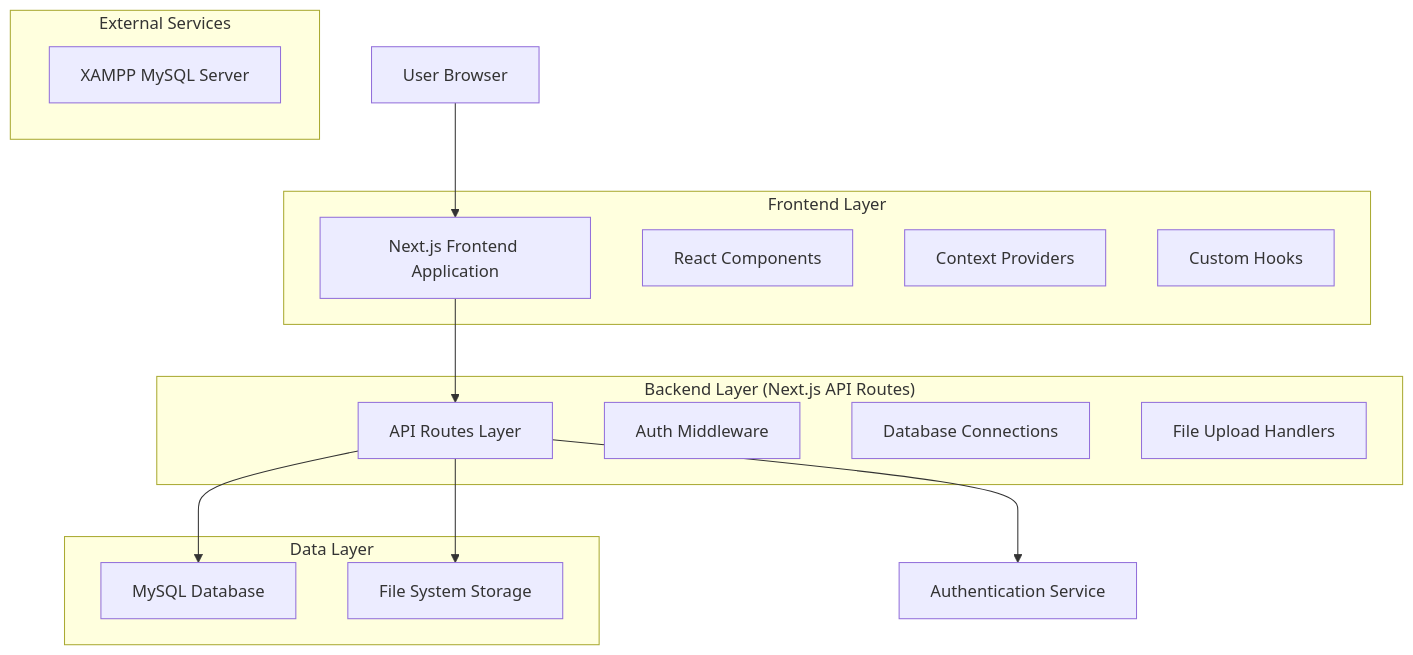
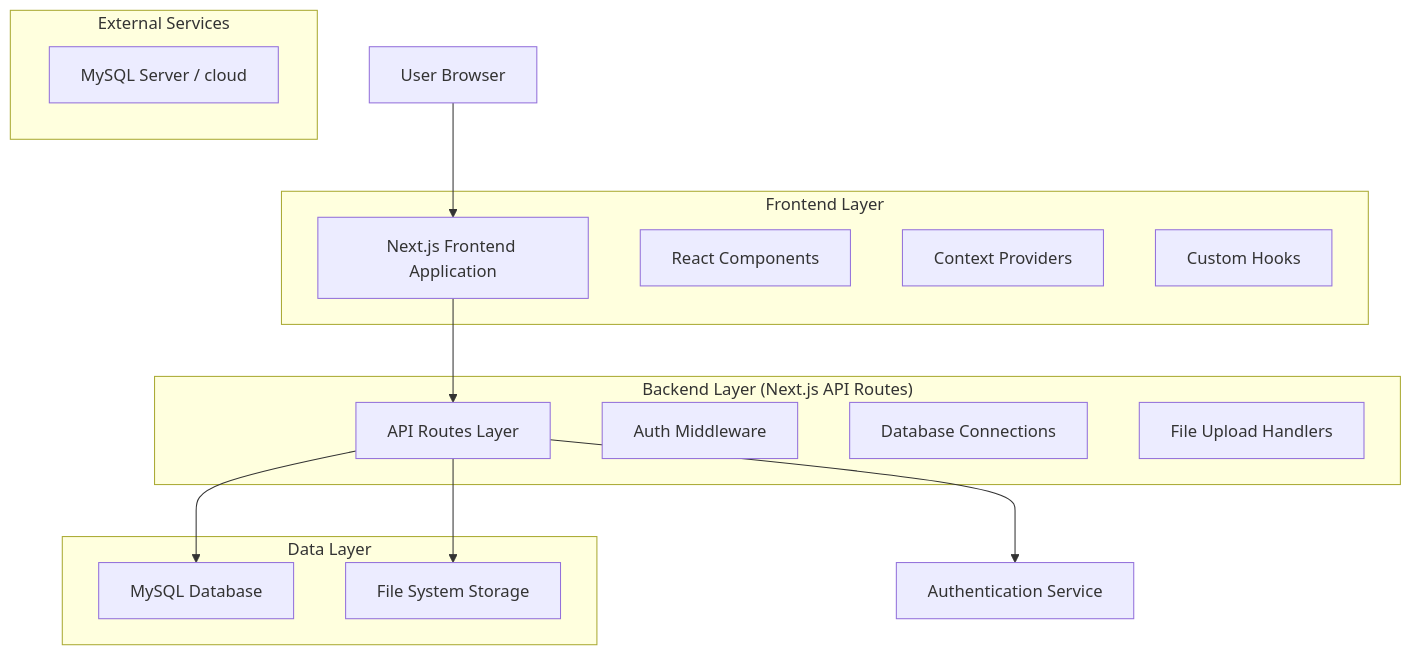
Before and after one commit to Xena75/Gestione-Partesa: the first of 3 diagrams in .trae/documents/gestione_partesa_architettura_tecnica.md, drawn with Mermaid. The commit also changed other lines of this file and 50 other files, not shown here.

First line of the commit message:
chore(release): v2.43.13 backup cloud, docs MySQL 8, script .bat e pool API

````diff
--- a/.trae/documents/gestione_partesa_architettura_tecnica.md
+++ b/.trae/documents/gestione_partesa_architettura_tecnica.md
@@ -5,31 +5,31 @@
 ```mermaid
 graph TD
     A[User Browser] --> B[Next.js Frontend Application]
     B --> C[API Routes Layer]
     C --> D[MySQL Database]
     C --> E[File System Storage]
     C --> F[Authentication Service]
     
     subgraph "Frontend Layer"
         B
         G[React Components]
         H[Context Providers]
         I[Custom Hooks]
     end
     
     subgraph "Backend Layer (Next.js API Routes)"
         C
         J[Auth Middleware]
         K[Database Connections]
         L[File Upload Handlers]
     end
     
     subgraph "Data Layer"
         D
         E
     end
     
     subgraph "External Services"
-        M[XAMPP MySQL Server]
+        M[MySQL Server / cloud]
     end
 ```
````
